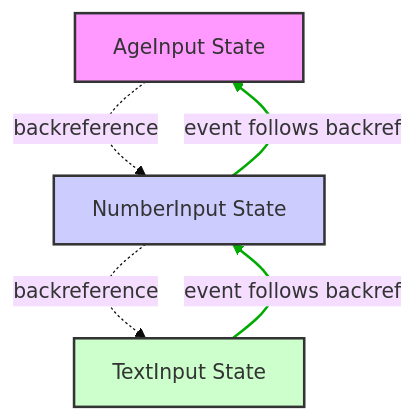
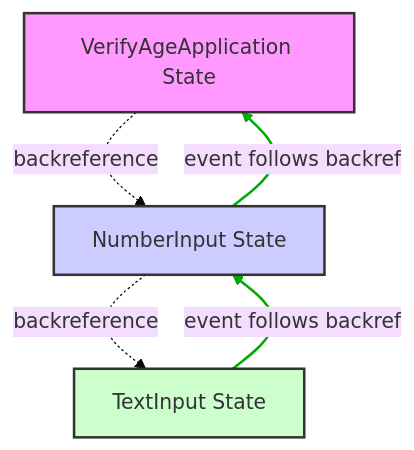
Before and after one commit to fschutt/azul: the sixth of 7 diagrams in doc/guide/en/architecture.md, drawn with Mermaid (base theme). The commit also changed other lines of this file and 5 other files, not shown here.

First line of the commit message:
docs(guide): refresh architecture, refany, and small wording fixes

````diff
--- a/doc/guide/en/architecture.md
+++ b/doc/guide/en/architecture.md
@@ -513,14 +570,14 @@
 ```mermaid
 graph TD
-    A[AgeInput State] -.->|backreference| B[NumberInput State]
+    A[VerifyAgeApplication State] -.->|backreference| B[NumberInput State]
     B -.->|backreference| C[TextInput State]
     C -->|event follows backref| B
     B -->|event follows backref| A
     
     linkStyle 2 stroke:#0a0,stroke-width:2px
     linkStyle 3 stroke:#0a0,stroke-width:2px
     
     style A fill:#f9f,stroke:#333,stroke-width:2px
     style B fill:#ccf,stroke:#333,stroke-width:2px
     style C fill:#cfc,stroke:#333,stroke-width:2px
 ```
````
